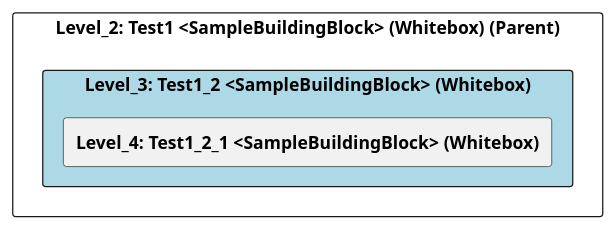
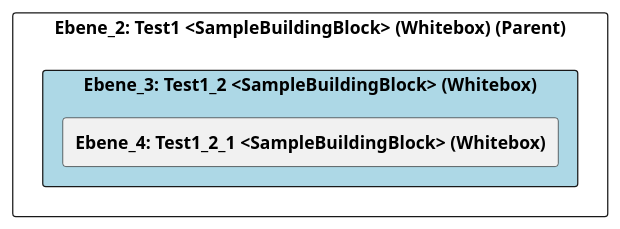
Before and after one commit to marcozwyssig/cleon: the diagram in src/cleon.architecturemethods.arc42.sample/doc/cleon_architecturemethods_arc42_sample_arc42/adoc/de/05_bausteinsicht/chess/test1/test1_2/ebene_3_test1_2.adoc, drawn with PlantUML. The commit also changed other lines of this file and 148 other files, not shown here.

```diff
--- a/src/cleon.architecturemethods.arc42.sample/doc/cleon_architecturemethods_arc42_sample_arc42/adoc/de/05_bausteinsicht/chess/test1/test1_2/ebene_3_test1_2.adoc
+++ b/src/cleon.architecturemethods.arc42.sample/doc/cleon_architecturemethods_arc42_sample_arc42/adoc/de/05_bausteinsicht/chess/test1/test1_2/ebene_3_test1_2.adoc
@@ -20,24 +20,24 @@
-[plantuml, Level_3: Test1_2 <SampleBuildingBlock> (Whitebox)BlockOverview, format="svg"]
+[plantuml, Ebene_3: Test1_2 <SampleBuildingBlock> (Whitebox)BlockOverview, format="svg"]
 ----
-@startuml Level_3: Test1_2 <SampleBuildingBlock> (Whitebox)BuildingBlockOverview
+@startuml Ebene_3: Test1_2 <SampleBuildingBlock> (Whitebox)BuildingBlockOverview
 
 skinparam ranksep 10
 skinparam componentStyle rectangle
 skinparam shadowing false
 skinparam arrowColor lightblue
 skinparam arrowThickness 1.2
 skinparam rectangle {
   BackgroundColor White
   BorderColor #333
   RoundCorner 10
 }
 top to bottom direction
 
-component "Level_2: Test1 <SampleBuildingBlock> (Whitebox) (Parent)" {
-    component "Level_3: Test1_2 <SampleBuildingBlock> (Whitebox)" #lightblue {
-        [**Level_4: Test1_2_1 <SampleBuildingBlock> (Whitebox)**] as 4965EE24_D579_11EE_903E_9F564E4DE07E
+component "Ebene_2: Test1 <SampleBuildingBlock> (Whitebox) (Parent)" {
+    component "Ebene_3: Test1_2 <SampleBuildingBlock> (Whitebox)" #lightblue {
+        [**Ebene_4: Test1_2_1 <SampleBuildingBlock> (Whitebox)**] as 4965EE24_D579_11EE_903E_9F564E4DE07E
     }
 }
 
 @enduml
 ----
```
